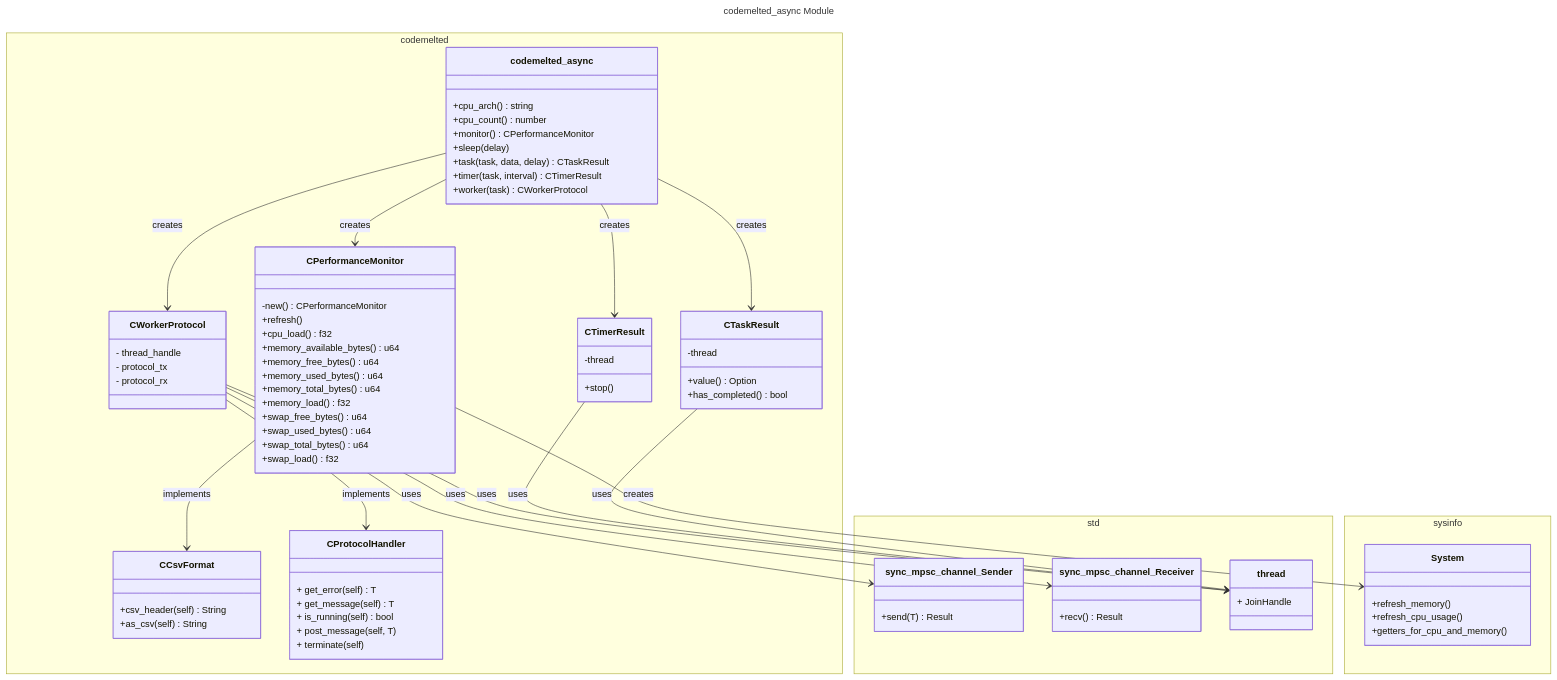
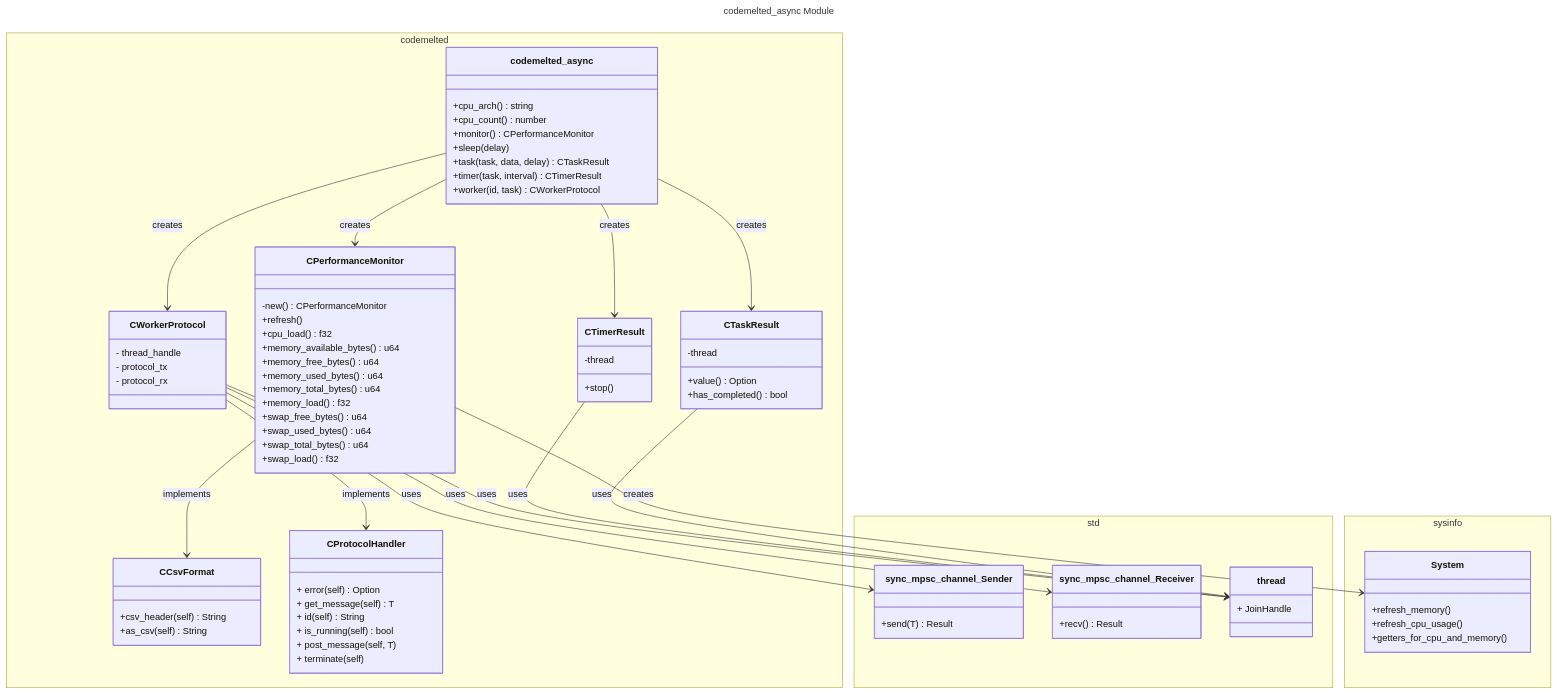
Before and after one commit to CodeMelted/codemelted_developer: the diagram in codemelted_rust/models/codemelted_async.mmd, drawn with Mermaid. The commit also changed 11 other files, not shown here.

```diff
--- a/codemelted_rust/models/codemelted_async.mmd
+++ b/codemelted_rust/models/codemelted_async.mmd
@@ -1,86 +1,87 @@
 ---
 title: codemelted_async Module
 ---
 classDiagram
   direction TB
   namespace codemelted {
     class codemelted_async {
       +cpu_arch() string
       +cpu_count() number
       +monitor() CPerformanceMonitor
       +sleep(delay)
       +task(task, data, delay) CTaskResult
       +timer(task, interval) CTimerResult
-      +worker(task) CWorkerProtocol
+      +worker(id, task) CWorkerProtocol
     }
     class CCsvFormat {
       +csv_header(self) String
       +as_csv(self) String
     }
     class CPerformanceMonitor {
       -new() CPerformanceMonitor
       +refresh()
       +cpu_load() f32
       +memory_available_bytes() u64
       +memory_free_bytes() u64
       +memory_used_bytes() u64
       +memory_total_bytes() u64
       +memory_load() f32
       +swap_free_bytes() u64
       +swap_used_bytes() u64
       +swap_total_bytes() u64
       +swap_load() f32
     }
     class CProtocolHandler {
-      + get_error(self) T
+      + error(self) Option
       + get_message(self) T
+      + id(self) String
       + is_running(self) bool
       + post_message(self, T)
       + terminate(self)
     }
     class CTaskResult {
       -thread
       +value() Option
       +has_completed() bool
     }
     class CTimerResult {
       -thread
       +stop()
     }
     class CWorkerProtocol {
       - thread_handle
       - protocol_tx
       - protocol_rx
     }
   }
   namespace std {
       class sync_mpsc_channel_Sender {
         +send(T) Result
       }
       class sync_mpsc_channel_Receiver {
         +recv() Result
       }
 
     class thread {
       + JoinHandle
     }
   }
   namespace sysinfo {
     class System {
       +refresh_memory()
       +refresh_cpu_usage()
       +getters_for_cpu_and_memory()
     }
   }
   codemelted_async --> CPerformanceMonitor : creates
   codemelted_async --> CWorkerProtocol : creates
   codemelted_async --> CTaskResult : creates
   codemelted_async --> CTimerResult : creates
   CPerformanceMonitor --> CCsvFormat : implements
   CPerformanceMonitor --> System : creates
   CTaskResult --> thread : uses
   CTimerResult --> thread : uses
   CWorkerProtocol --> CProtocolHandler : implements
   CWorkerProtocol --> thread : uses
   CWorkerProtocol --> sync_mpsc_channel_Sender : uses
   CWorkerProtocol --> sync_mpsc_channel_Receiver : uses
```
